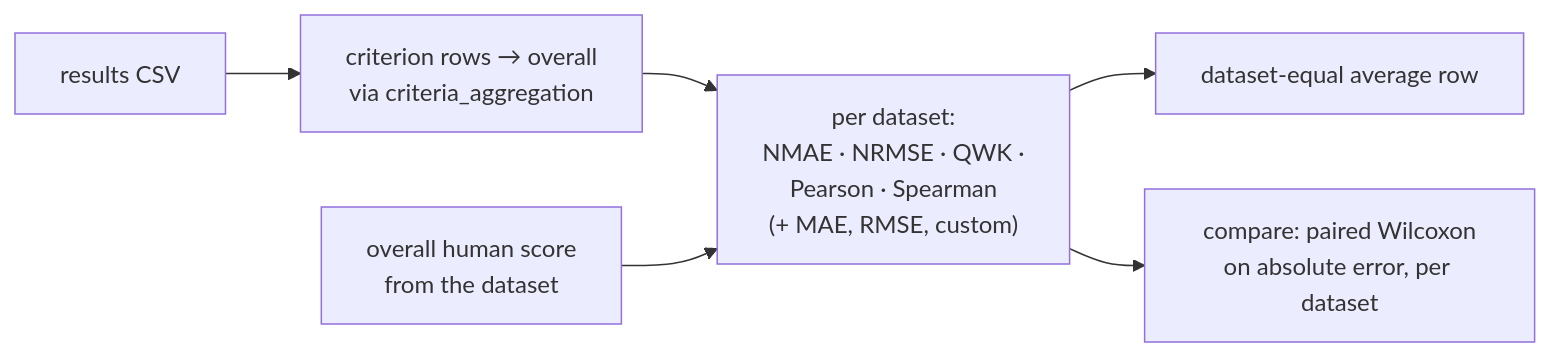
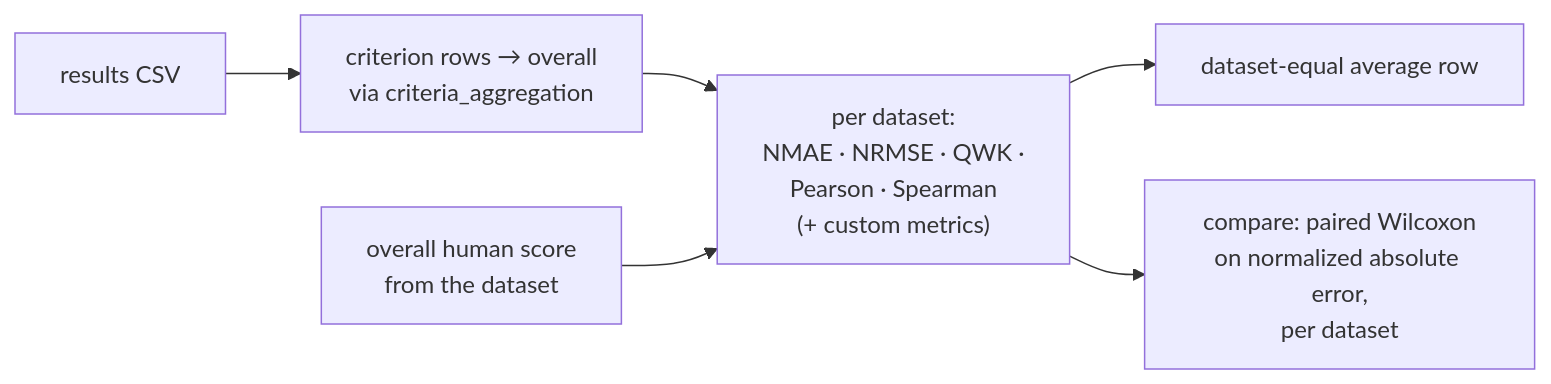
Before and after one commit to putnich/abaes-eval-fwk: the diagram in docs/architecture/06-evaluation.md, drawn with Mermaid. The commit also changed other lines of this file and 26 other files, not shown here.

````diff
--- a/docs/architecture/06-evaluation.md
+++ b/docs/architecture/06-evaluation.md
@@ -5,13 +5,13 @@
 ```mermaid
 flowchart LR
     csv["results CSV"]
     agg["criterion rows → overall<br/>via criteria_aggregation"]
     hum["overall human score<br/>from the dataset"]
-    met["per dataset:<br/>NMAE · NRMSE · QWK ·<br/>Pearson · Spearman<br/>(+ MAE, RMSE, custom)"]
+    met["per dataset:<br/>NMAE · NRMSE · QWK ·<br/>Pearson · Spearman<br/>(+ custom metrics)"]
     avg["dataset-equal average row"]
-    cmp["compare: paired Wilcoxon<br/>on absolute error, per dataset"]
+    cmp["compare: paired Wilcoxon<br/>on normalized absolute error,<br/>per dataset"]
     csv --> agg --> met
     hum --> met
     met --> avg
     met --> cmp
 ```
````
